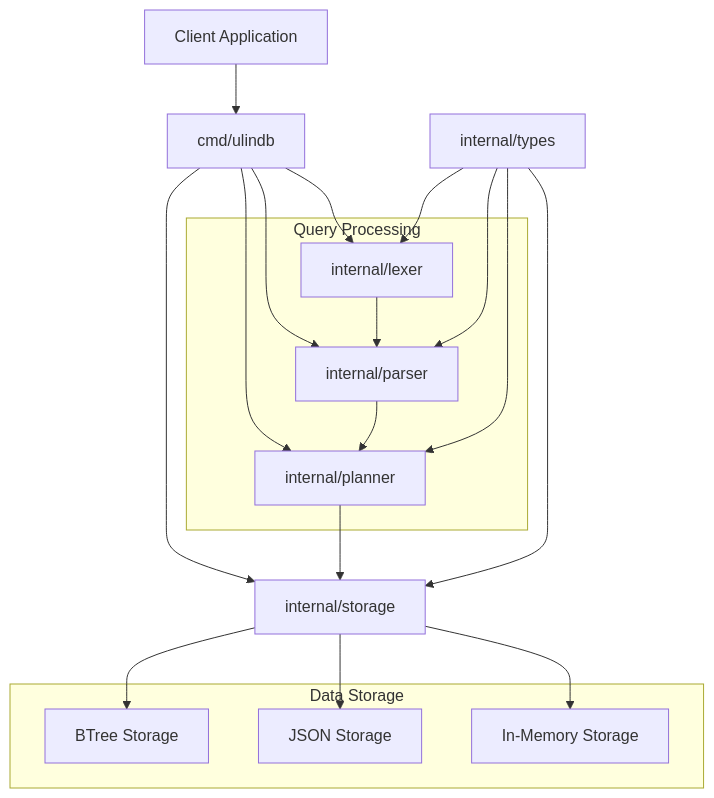
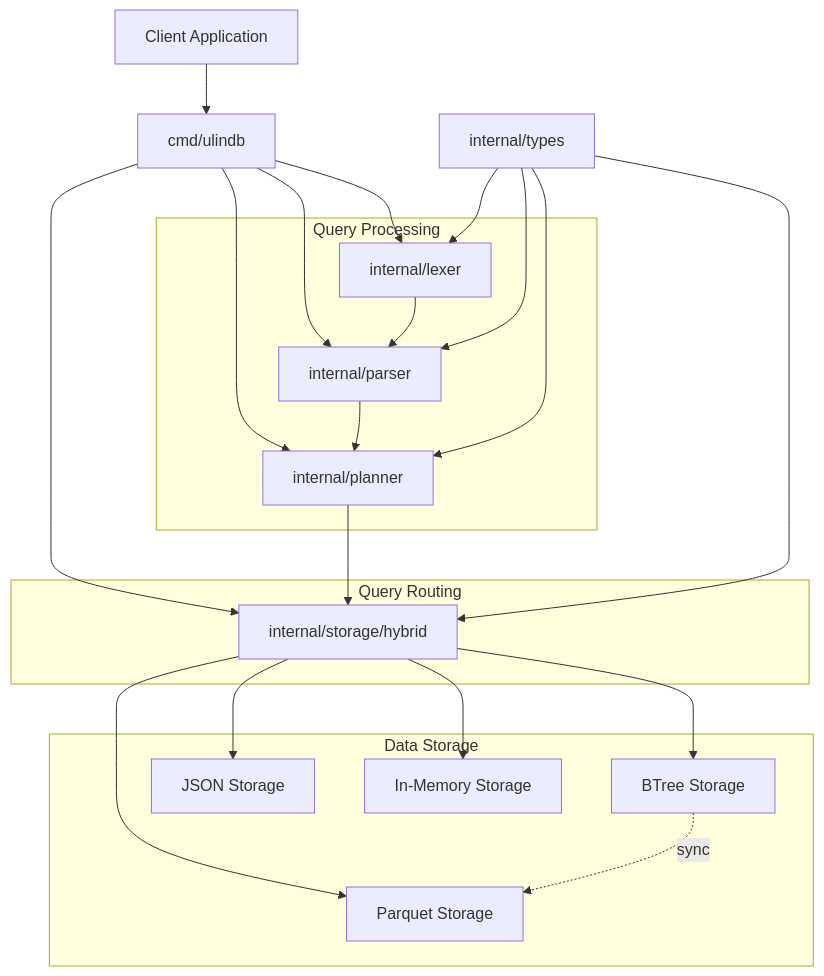
One commit to zakazai/ulindb changed the first of 3 diagrams in README.md. Above: the diagram before and after it, drawn with Mermaid. The commit also changed other lines of this file and 11 other files, not shown here.

First line of the commit message:
claude: feat: add hybrid storage with Parquet for OLAP queries

````diff
--- a/README.md
+++ b/README.md
@@ -17,33 +19,41 @@
 ```mermaid
 graph TD
     Client[Client Application] --> CMD[cmd/ulindb]
     CMD --> Lexer[internal/lexer]
     CMD --> Parser[internal/parser]
     CMD --> Planner[internal/planner]
-    CMD --> Storage[internal/storage]
+    CMD --> HybridStorage[internal/storage/hybrid]
     
     Lexer --> Parser
     Parser --> Planner
-    Planner --> Storage
+    Planner --> HybridStorage
     
-    Storage --> BTree[BTree Storage]
-    Storage --> JSON[JSON Storage]
-    Storage --> Memory[In-Memory Storage]
+    HybridStorage --> BTree[BTree Storage]
+    HybridStorage --> Parquet[Parquet Storage]
+    BTree -.-> |sync| Parquet
+    
+    HybridStorage --> JSON[JSON Storage]
+    HybridStorage --> Memory[In-Memory Storage]
     
     Types[internal/types] --> Lexer
     Types --> Parser
     Types --> Planner
-    Types --> Storage
+    Types --> HybridStorage
     
     subgraph "Data Storage"
         BTree
+        Parquet
         JSON
         Memory
     end
     
     subgraph "Query Processing"
         Lexer
         Parser
         Planner
     end
+    
+    subgraph "Query Routing"
+        HybridStorage
+    end
 ```
````
